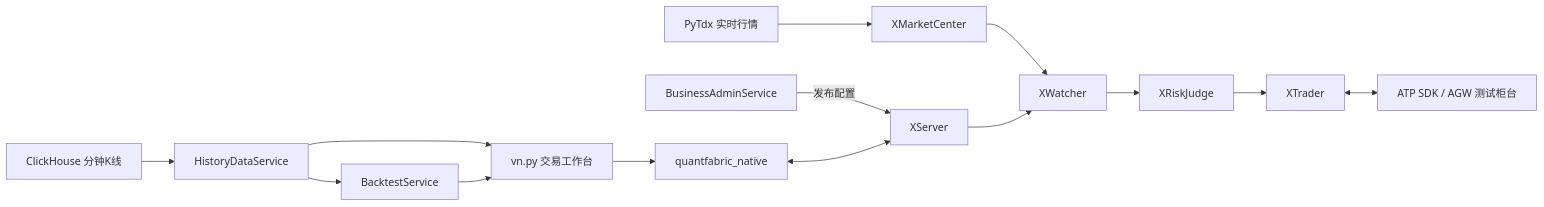
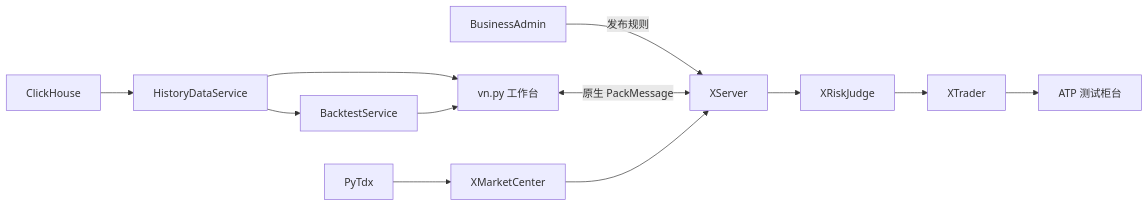
Before and after one commit to Weatherbless2/quantfabric-trading-platform: the diagram in README.md, drawn with Mermaid. The commit also changed other lines of this file, not shown here.

````diff
--- a/README.md
+++ b/README.md
@@ -30,11 +17,9 @@
-~~~mermaid
+```mermaid
 flowchart LR
-    Admin[BusinessAdminService] -->|发布配置| XServer
-    Vnpy[vn.py 交易工作台] --> Native[quantfabric_native]
-    Native <--> XServer
-    PyTdx[PyTdx 实时行情] --> Market[XMarketCenter] --> Watcher[XWatcher]
-    XServer --> Watcher --> Risk[XRiskJudge] --> Trader[XTrader]
-    Trader <--> ATP[ATP SDK / AGW 测试柜台]
-    ClickHouse[ClickHouse 分钟K线] --> History[HistoryDataService] --> Vnpy
+    Admin[BusinessAdmin] -->|发布规则| Server[XServer]
+    Vnpy[vn.py 工作台] <-->|原生 PackMessage| Server
+    PyTdx[PyTdx] --> Market[XMarketCenter] --> Server
+    Server --> Risk[XRiskJudge] --> Trader[XTrader] --> ATP[ATP 测试柜台]
+    CK[ClickHouse] --> History[HistoryDataService] --> Vnpy
     History --> Backtest[BacktestService] --> Vnpy
-~~~
+```
````
